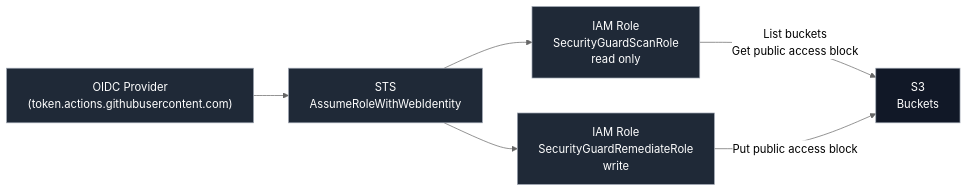
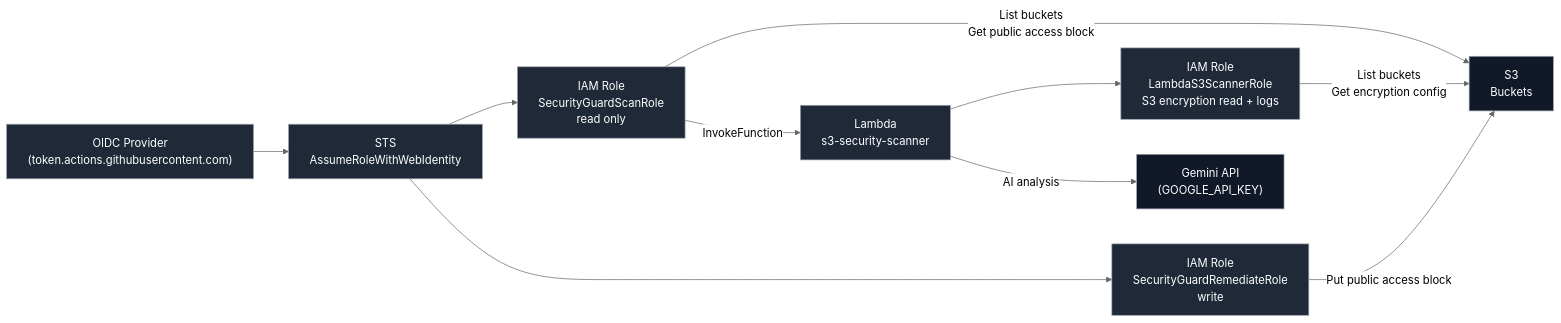
One commit to tanmayj-hub/aws-s3-security-guard changed the diagram in README.md. Above: the diagram before and after it, drawn with Mermaid (neutral theme). The commit also changed other lines of this file and 7 other files, not shown here.

Commit message:
added aws s3 ai encryption scanner module

````diff
--- a/README.md
+++ b/README.md
@@ -47,20 +60,29 @@
 ```mermaid
 flowchart LR
   classDef box fill:#1f2937,stroke:#9ca3af,color:#ffffff,stroke-width:1px;
   classDef store fill:#111827,stroke:#9ca3af,color:#ffffff,stroke-width:1px;
 
   OIDC["OIDC Provider\n(token.actions.githubusercontent.com)"]:::box
   STS["STS\nAssumeRoleWithWebIdentity"]:::box
 
   RSCAN["IAM Role\nSecurityGuardScanRole\nread only"]:::box
   RREM["IAM Role\nSecurityGuardRemediateRole\nwrite"]:::box
 
+  LAMBDA["Lambda\ns3-security-scanner"]:::box
+  LROLE["IAM Role\nLambdaS3ScannerRole\nS3 encryption read + logs"]:::box
+
   S3["S3\nBuckets"]:::store
+  AI["Gemini API\n(GOOGLE_API_KEY)"]:::store
 
   OIDC --> STS
   STS --> RSCAN
   STS --> RREM
 
   RSCAN -->|"List buckets\nGet public access block"| S3
   RREM -->|"Put public access block"| S3
+
+  RSCAN -->|"InvokeFunction"| LAMBDA
+  LAMBDA --> LROLE
+  LROLE -->|"List buckets\nGet encryption config"| S3
+  LAMBDA -->|"AI analysis"| AI
 ```
````
